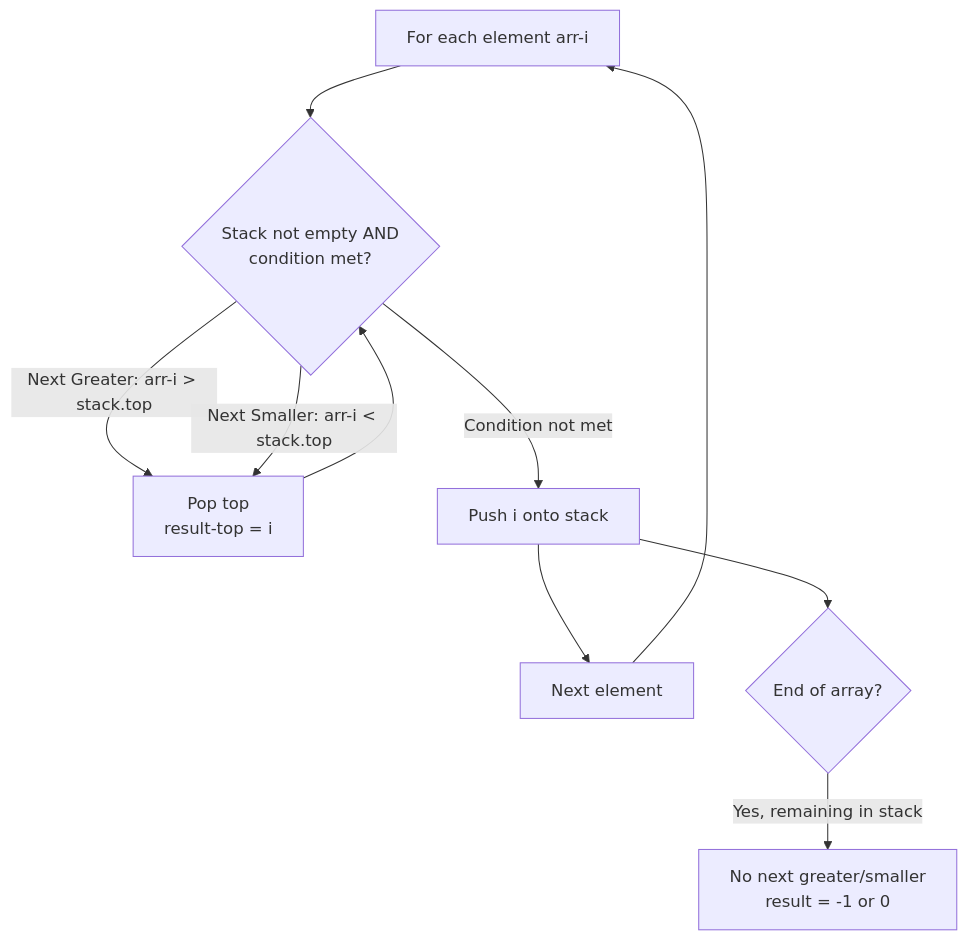
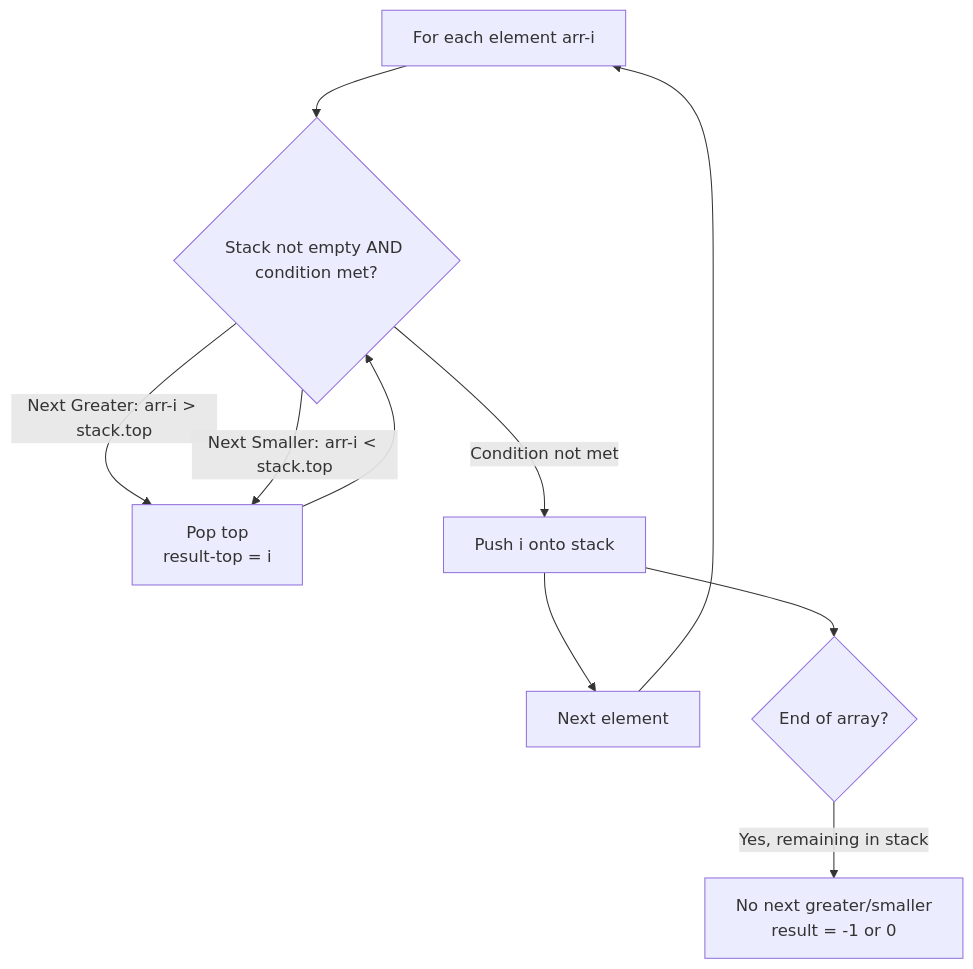
The second of 5 diagrams in stack/README.md (deepanshu-rawat6/AlgoAtlas), drawn with Mermaid before and after one commit. The commit also changed other lines of this file and 43 other files, not shown here.

````diff
--- a/stack/README.md
+++ b/stack/README.md
@@ -53,12 +53,12 @@
 ```mermaid
 flowchart TD
-    A[For each element arr-i] --> B{Stack not empty AND<br>condition met?}
+    A[For each element arr-i] --> B{"Stack not empty AND condition met?"}
     B -->|Next Greater: arr-i > stack.top| C[Pop top<br>result-top = i]
     B -->|Next Smaller: arr-i < stack.top| C
     C --> B
     B -->|Condition not met| D[Push i onto stack]
     D --> E[Next element]
     E --> A
-    D --> F{End of array?}
+    D --> F{"End of array?"}
     F -->|Yes, remaining in stack| G[No next greater/smaller<br>result = -1 or 0]
 ```
````
